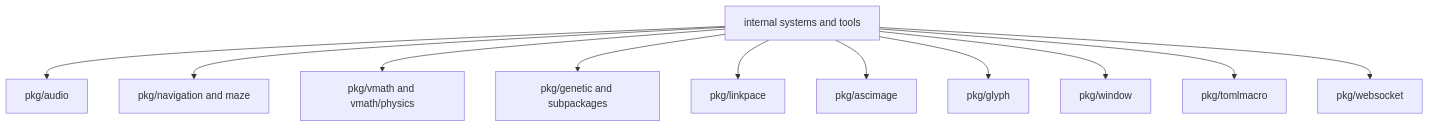
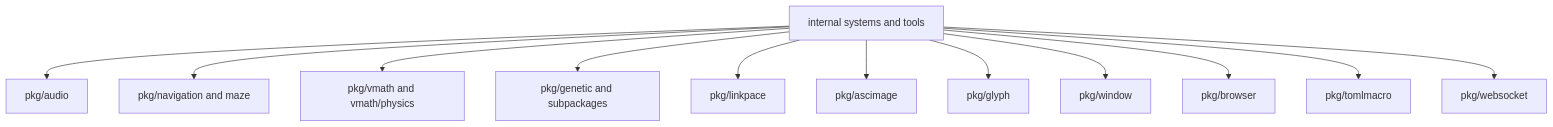
One commit to lixenwraith/vif changed the fourth of 4 diagrams in doc/package-map.md. Above: the diagram before and after it, drawn with Mermaid. The commit also changed other lines of this file and 25 other files, not shown here.

````diff
--- a/doc/package-map.md
+++ b/doc/package-map.md
@@ -108,13 +108,14 @@
 ```mermaid
 flowchart TD
     Game["internal systems and tools"] --> Audio["pkg/audio"]
     Game --> Nav["pkg/navigation and maze"]
     Game --> Physics["pkg/vmath and vmath/physics"]
     Game --> Genetic["pkg/genetic and subpackages"]
     Game --> Link["pkg/linkpace"]
     Game --> Image["pkg/ascimage"]
     Game --> Glyph["pkg/glyph"]
     Game --> Window["pkg/window"]
+    Game --> Browser["pkg/browser"]
     Game --> Macro["pkg/tomlmacro"]
     Game --> Socket["pkg/websocket"]
 ```
````
